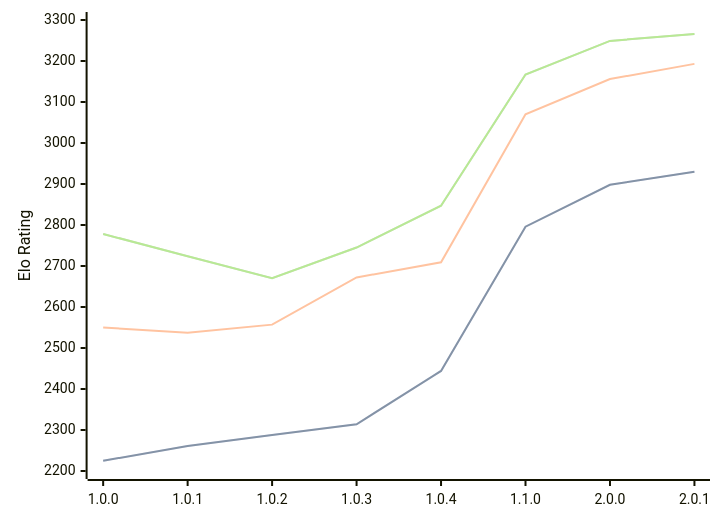
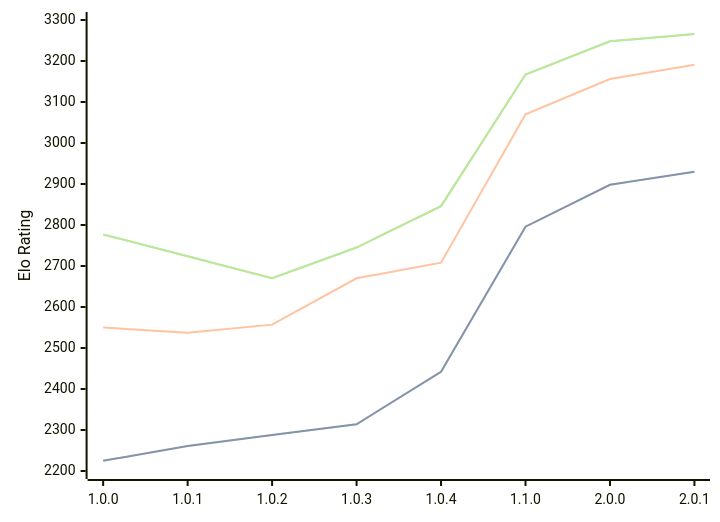
One commit to computer-chess-index/cci changed the diagram in engines/Grail.md. Above: the diagram before and after it, drawn with Mermaid. The commit also changed other lines of this file, not shown here.

Commit message:
Update CCI Ratings (ELO VLTC) - 2026-08-03

````diff
--- a/engines/Grail.md
+++ b/engines/Grail.md
@@ -38,11 +38,11 @@
 ```mermaid
 %%{init: {"theme":"base","themeVariables":{"seriesColors:['#a3a3a3','#222221','#faa371']}}}%%
 xychart-beta
   x-axis ["1.0.0", "1.0.1", "1.0.2", "1.0.3", "1.0.4", "1.1.0", "2.0.0", "2.0.1"]
   y-axis "Elo Rating" 2200 --> 3300
-  line "STC (8.0+0.08s)" [2225, 2261, 2288, 2314, 2444, 2796, 2898, 2930]
-  line "STC (8.0+0.08s)" [2225, 2261, 2288, 2314, 2444, 2796, 2898, 2930]
-  line "LTC (60.0+0.60s)" [2550, 2537, 2557, 2672, 2709, 3070, 3156, 3193]
-  line "VLTC (2m24s+1.12s)" [2778, 2724, 2670, 2745, 2847, 3167, 3249, 3266]
-  line "VLTC (2m24s+1.12s)" [2778, 2724, 2670, 2745, 2847, 3167, 3249, 3266]
+  line "STC (8.0+0.08s)" [2225, 2261, 2288, 2314, 2442, 2796, 2898, 2930]
+  line "STC (8.0+0.08s)" [2225, 2261, 2288, 2314, 2442, 2796, 2898, 2930]
+  line "LTC (60.0+0.60s)" [2550, 2537, 2557, 2670, 2708, 3070, 3156, 3191]
+  line "VLTC (2m24s+1.12s)" [2777, 2724, 2670, 2745, 2846, 3167, 3248, 3266]
+  line "VLTC (2m24s+1.12s)" [2777, 2724, 2670, 2745, 2846, 3167, 3248, 3266]
 ```
````
